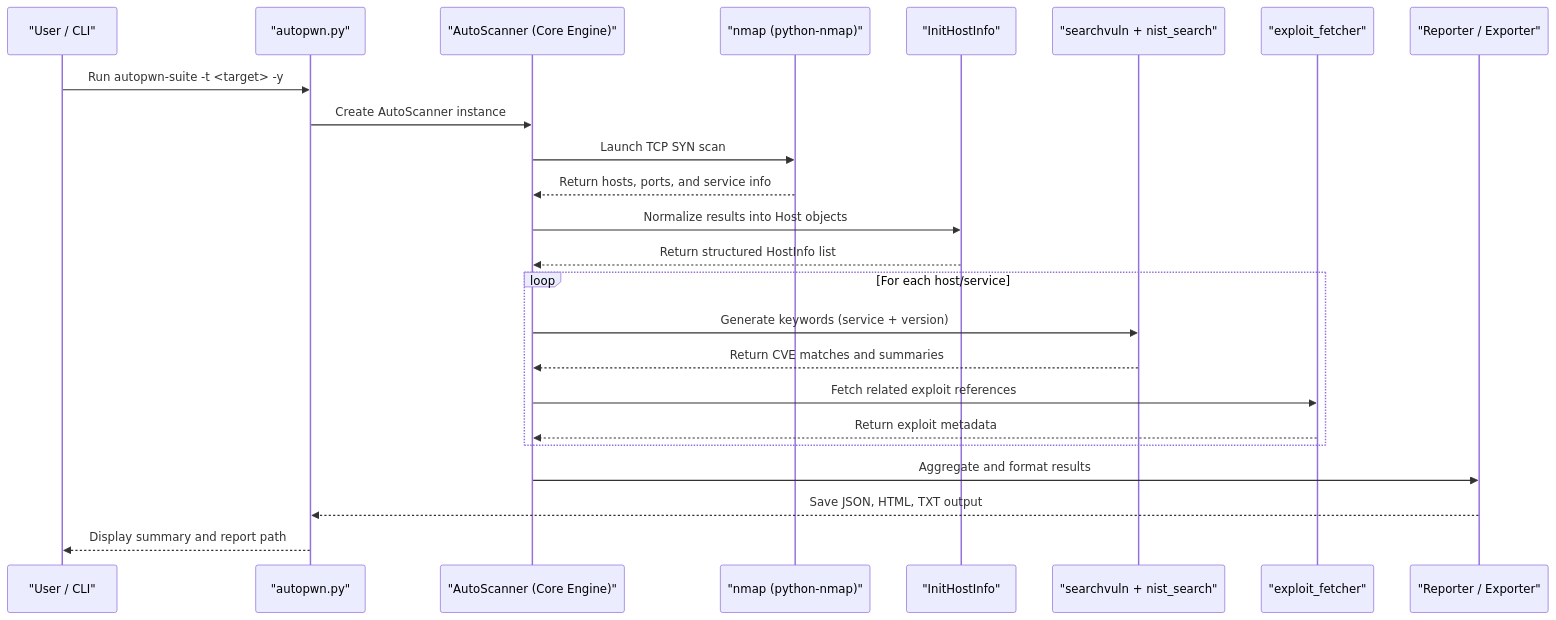
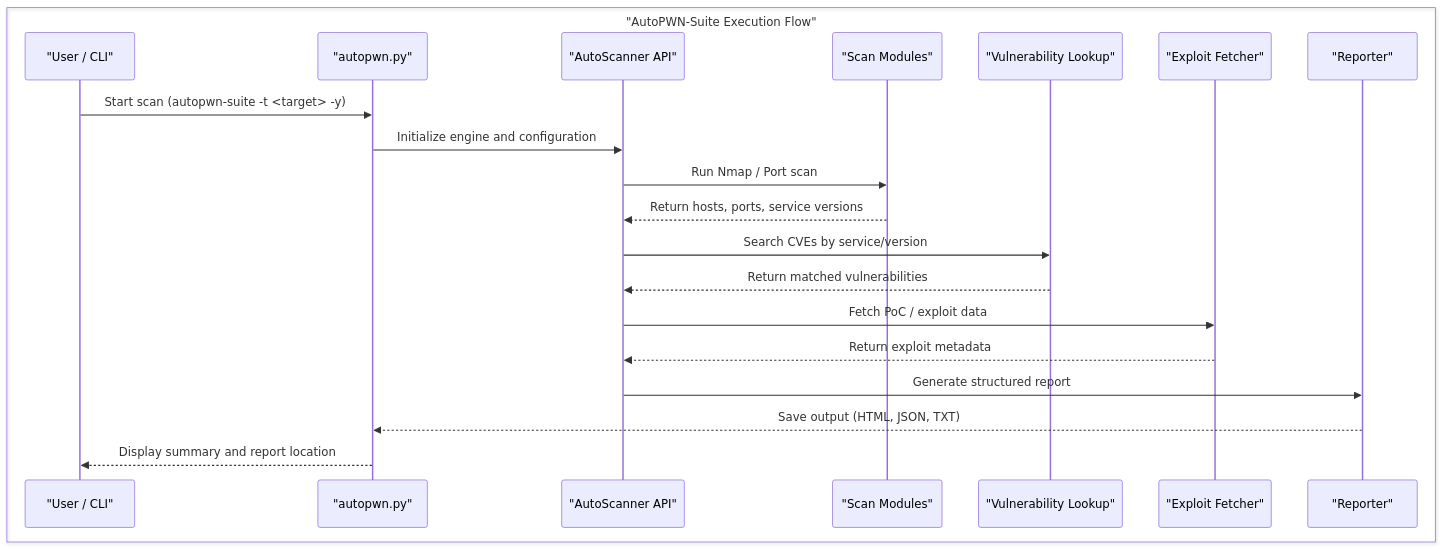
One commit to GamehunterKaan/kaangultekin.net changed the first of 2 diagrams in _pages/projects/autopwn-suite.md. Above: the diagram before and after it, drawn with Mermaid.

Commit message:
diagram update

```diff
--- a/_pages/projects/autopwn-suite.md
+++ b/_pages/projects/autopwn-suite.md
@@ -61,29 +61,25 @@
 <div class="mermaid">
+%% AutoPWN-Suite Vertical Sequence Diagram
 sequenceDiagram
-    participant User as "User / CLI"
-    participant AutoPWN as "autopwn.py"
-    participant API as "AutoScanner (Core Engine)"
-    participant Nmap as "nmap (python-nmap)"
-    participant Parser as "InitHostInfo"
-    participant Vuln as "searchvuln + nist_search"
-    participant Exploit as "exploit_fetcher"
-    participant Report as "Reporter / Exporter"
-
-    User->>AutoPWN: Run autopwn-suite -t &lt;target&gt; -y
-    AutoPWN->>API: Create AutoScanner instance
-    API->>Nmap: Launch TCP SYN scan
-    Nmap-->>API: Return hosts, ports, and service info
-    API->>Parser: Normalize results into Host objects
-    Parser-->>API: Return structured HostInfo list
-
-    loop For each host/service
-        API->>Vuln: Generate keywords (service + version)
-        Vuln-->>API: Return CVE matches and summaries
-        API->>Exploit: Fetch related exploit references
-        Exploit-->>API: Return exploit metadata
+    box "AutoPWN-Suite Execution Flow" #002244
+        participant U as "User / CLI"
+        participant P as "autopwn.py"
+        participant A as "AutoScanner API"
+        participant S as "Scan Modules"
+        participant V as "Vulnerability Lookup"
+        participant E as "Exploit Fetcher"
+        participant R as "Reporter"
     end
 
-    API->>Report: Aggregate and format results
-    Report-->>AutoPWN: Save JSON, HTML, TXT output
-    AutoPWN-->>User: Display summary and report path
+    U->>P: Start scan (autopwn-suite -t <target> -y)
+    P->>A: Initialize engine and configuration
+    A->>S: Run Nmap / Port scan
+    S-->>A: Return hosts, ports, service versions
+    A->>V: Search CVEs by service/version
+    V-->>A: Return matched vulnerabilities
+    A->>E: Fetch PoC / exploit data
+    E-->>A: Return exploit metadata
+    A->>R: Generate structured report
+    R-->>P: Save output (HTML, JSON, TXT)
+    P-->>U: Display summary and report location
 </div>
```
